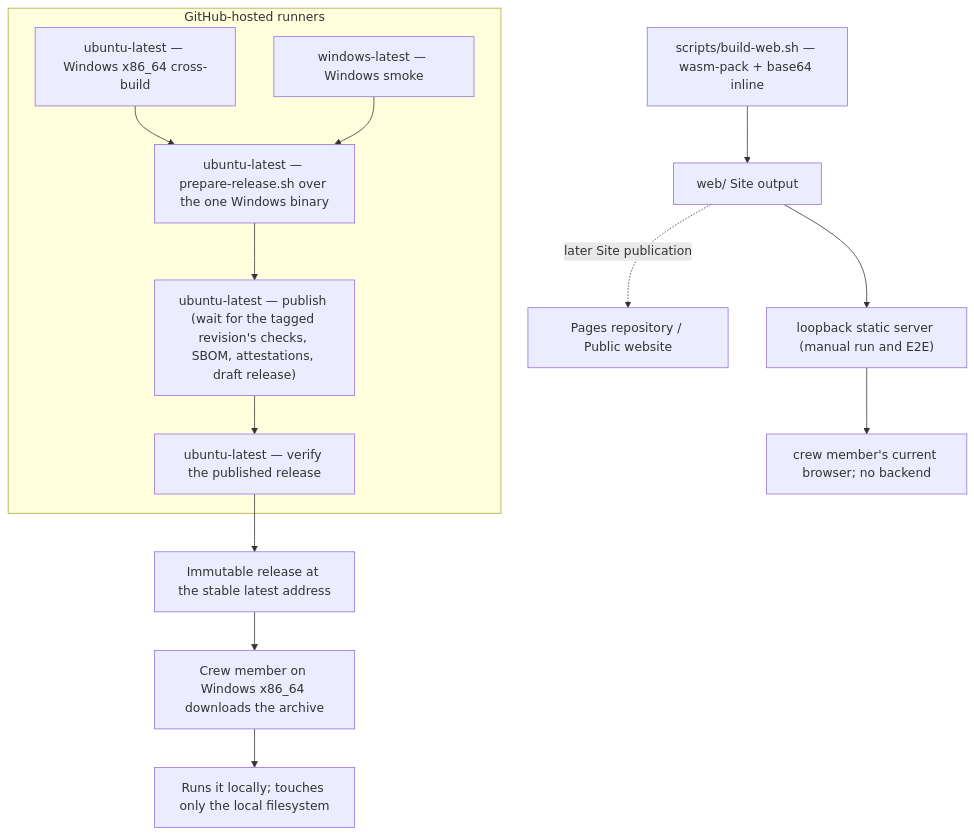
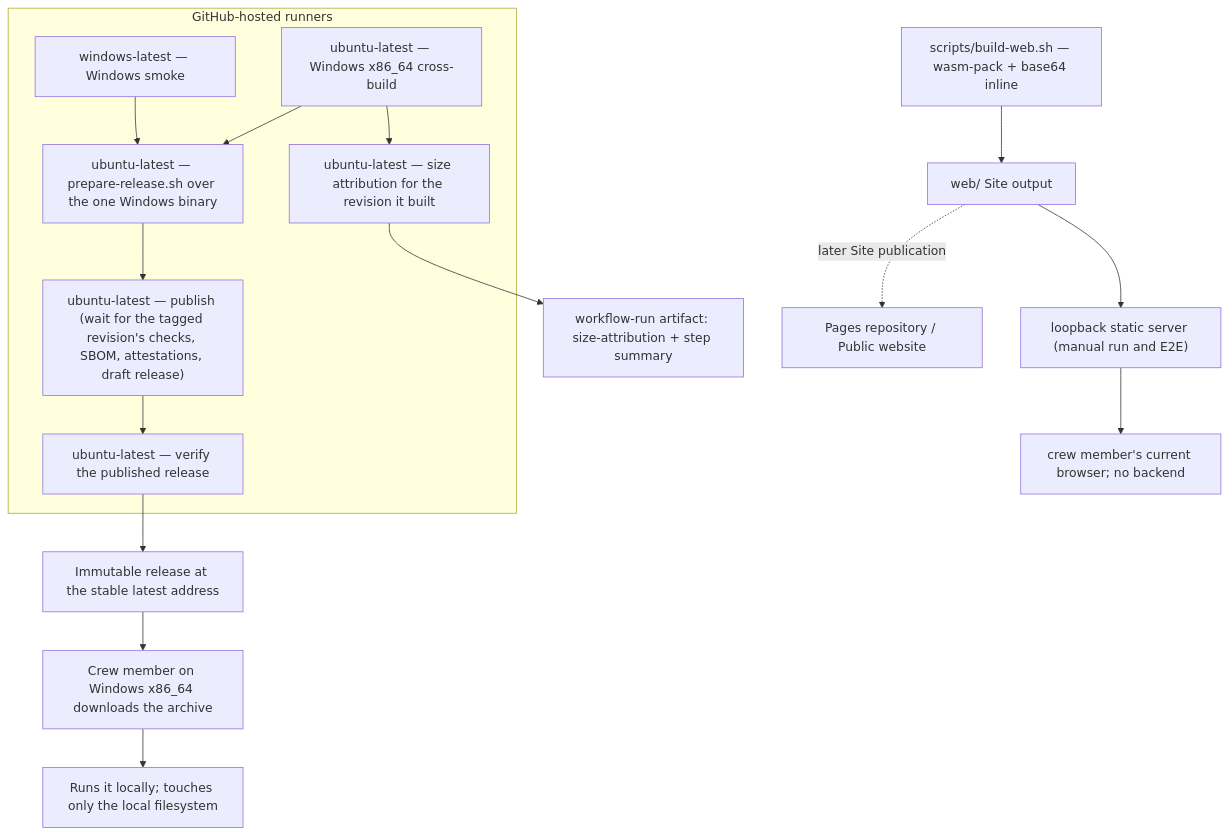
The first of 2 diagrams in docs/arc42/07-deployment-view.md (duty2cal/duty2cal), drawn with Mermaid before and after one commit. The commit also changed other lines of this file and 64 other files, not shown here.

````diff
--- a/docs/arc42/07-deployment-view.md
+++ b/docs/arc42/07-deployment-view.md
@@ -13,20 +13,23 @@
 ```mermaid
 flowchart TB
   subgraph host["GitHub-hosted runners"]
     b1["ubuntu-latest — Windows x86_64 cross-build"]
+    attr["ubuntu-latest — size attribution for the revision it built"]
     sm["windows-latest — Windows smoke"]
     prep["ubuntu-latest — prepare-release.sh over the one Windows binary"]
     pub["ubuntu-latest — publish (wait for the tagged revision's checks, SBOM, attestations, draft release)"]
     ver["ubuntu-latest — verify the published release"]
   end
   b1 --> prep
+  b1 --> attr
+  attr --> art["workflow-run artifact: size-attribution + step summary"]
   sm --> prep
   prep --> pub --> ver
   ver --> rel["Immutable release at the stable latest address"]
   rel --> dl["Crew member on Windows x86_64 downloads the archive"]
   dl --> run["Runs it locally; touches only the local filesystem"]
   build["scripts/build-web.sh — wasm-pack + base64 inline"] --> site["web/ Site output"]
   site --> loop["loopback static server (manual run and E2E)"]
   loop --> browser["crew member's current browser; no backend"]
   site -.->|"later Site publication"| pages["Pages repository / Public website"]
 ```
````
